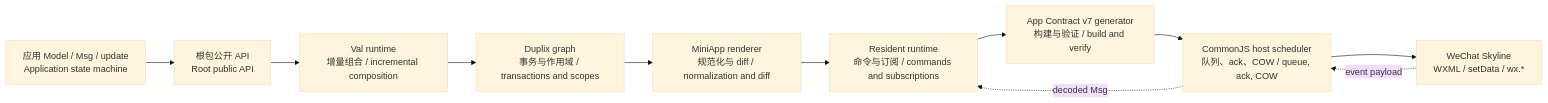
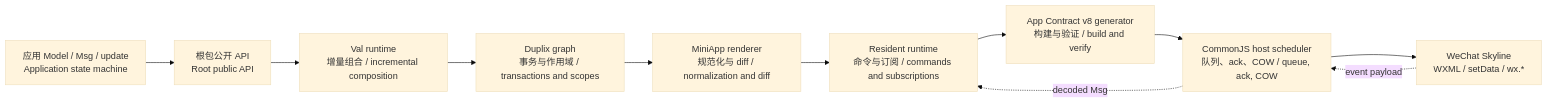
Before and after one commit to lucavance/minimoon: the diagram in docs/code-analysis/README.md, drawn with Mermaid (base theme). The commit also changed other lines of this file and 296 other files, not shown here.

````diff
--- a/docs/code-analysis/README.md
+++ b/docs/code-analysis/README.md
@@ -47,23 +47,23 @@
 ```mermaid
 flowchart LR
     App[应用 Model / Msg / update<br/>Application state machine]
     Public[根包公开 API<br/>Root public API]
     Val[Val runtime<br/>增量组合 / incremental composition]
     Graph[Duplix graph<br/>事务与作用域 / transactions and scopes]
     Renderer[MiniApp renderer<br/>规范化与 diff / normalization and diff]
     Runtime[Resident runtime<br/>命令与订阅 / commands and subscriptions]
-    Generator[App Contract v7 generator<br/>构建与验证 / build and verify]
+    Generator[App Contract v8 generator<br/>构建与验证 / build and verify]
     Host[CommonJS host scheduler<br/>队列、ack、COW / queue, ack, COW]
     Skyline[WeChat Skyline<br/>WXML / setData / wx.*]
 
     App --> Public
     Public --> Val
     Val --> Graph
     Graph --> Renderer
     Renderer --> Runtime
     Runtime --> Generator
     Generator --> Host
     Host --> Skyline
     Skyline -. event payload .-> Host
     Host -. decoded Msg .-> Runtime
 ```
````
